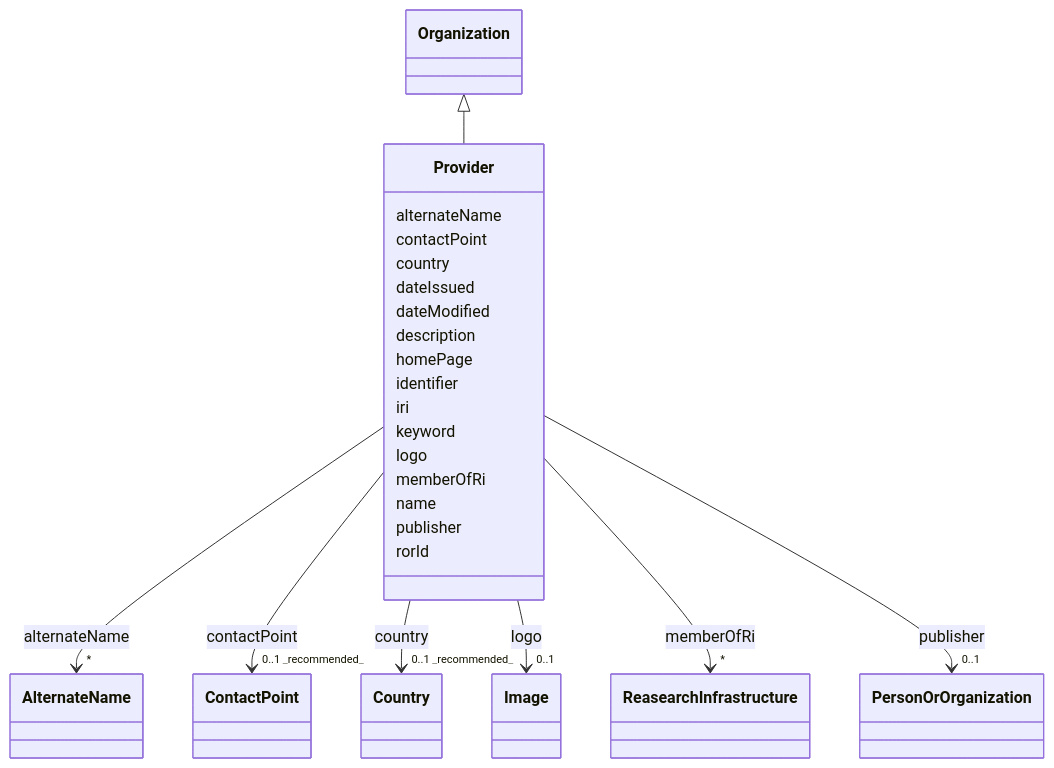
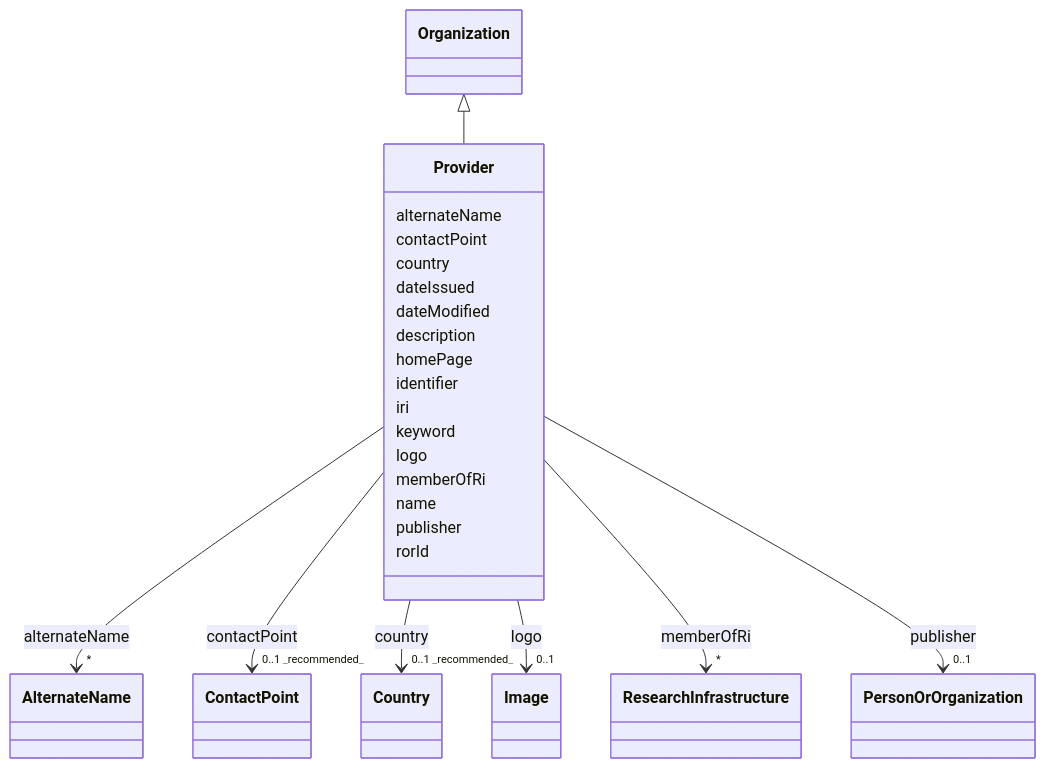
One commit to EVORA-project/evora-ontology changed the diagram in models/docs/Provider.md. Above: the diagram before and after it, drawn with Mermaid. The commit also changed other lines of this file and 290 other files, not shown here.

````diff
--- a/models/docs/Provider.md
+++ b/models/docs/Provider.md
@@ -19,81 +19,81 @@
 ```mermaid
  classDiagram
     class Provider
     click Provider href "../Provider"
       Organization <|-- Provider
         click Organization href "../Organization"
       
       Provider : alternateName
         
           
     
     
     Provider --> "*" AlternateName : alternateName
     click AlternateName href "../AlternateName"
 
         
       Provider : contactPoint
         
           
     
     
     Provider --> "0..1 _recommended_" ContactPoint : contactPoint
     click ContactPoint href "../ContactPoint"
 
         
       Provider : country
         
           
     
     
     Provider --> "0..1 _recommended_" Country : country
     click Country href "../Country"
 
         
       Provider : dateIssued
         
       Provider : dateModified
         
       Provider : description
         
       Provider : homePage
         
       Provider : identifier
         
       Provider : iri
         
       Provider : keyword
         
       Provider : logo
         
           
     
     
     Provider --> "0..1" Image : logo
     click Image href "../Image"
 
         
       Provider : memberOfRi
         
           
     
     
-    Provider --> "*" ReasearchInfrastructure : memberOfRi
-    click ReasearchInfrastructure href "../ReasearchInfrastructure"
+    Provider --> "*" ResearchInfrastructure : memberOfRi
+    click ResearchInfrastructure href "../ResearchInfrastructure"
 
         
       Provider : name
         
       Provider : publisher
         
           
     
     
     Provider --> "0..1" PersonOrOrganization : publisher
     click PersonOrOrganization href "../PersonOrOrganization"
 
         
       Provider : rorId
         
       
 ```
````
